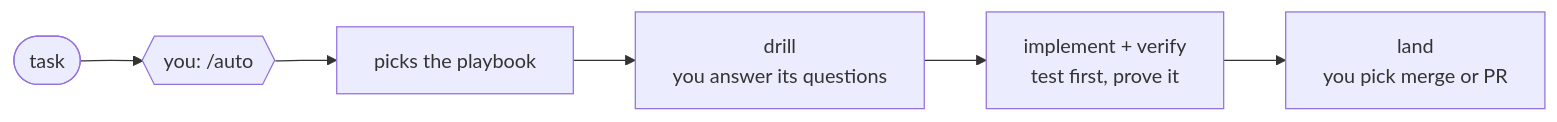
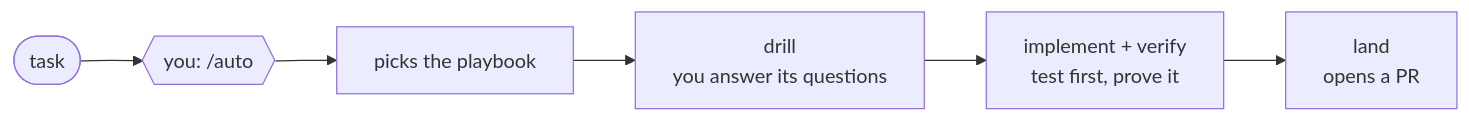
Before and after one commit to pwguler/skills: the second of 2 diagrams in README.md, drawn with Mermaid. The commit also changed other lines of this file and 5 other files, not shown here.

First line of the commit message:
land: open a pull request by default; merge locally, keep, or discard only when the user asks

````diff
--- a/README.md
+++ b/README.md
@@ -69,8 +71,8 @@
 ```mermaid
 flowchart LR
     task([task]) --> y1{{"you: /auto"}}
     y1 --> pb["picks the playbook"]
     pb --> drill["drill<br/>you answer its questions"]
     drill --> impl["implement + verify<br/>test first, prove it"]
-    impl --> land["land<br/>you pick merge or PR"]
+    impl --> land["land<br/>opens a PR"]
 ```
````
